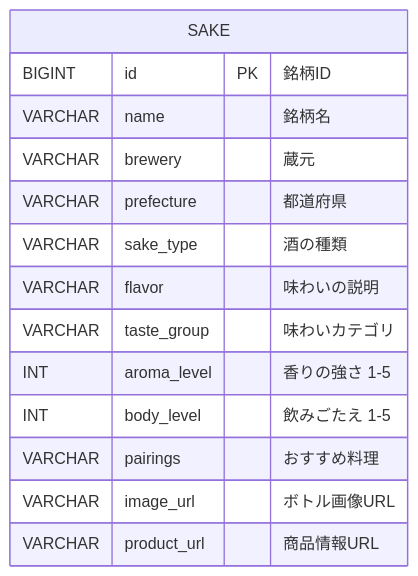
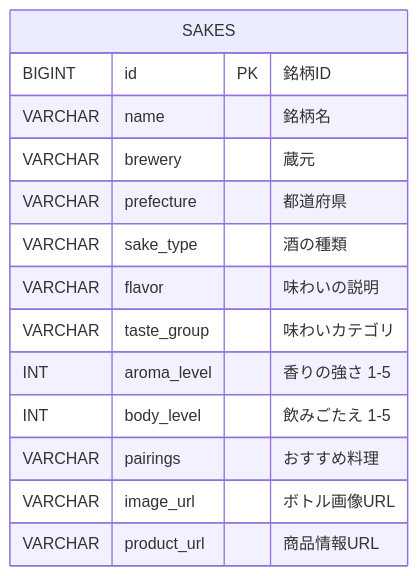
Before and after one commit to s21453075-sys/sake-compass: the first of 2 diagrams in README.md, drawn with Mermaid. The commit also changed other lines of this file, not shown here.

```diff
--- a/README.md
+++ b/README.md
@@ -48,17 +50,17 @@
 ~~~mermaid
 erDiagram
-    SAKE {
+    SAKES {
         BIGINT id PK "銘柄ID"
         VARCHAR name "銘柄名"
         VARCHAR brewery "蔵元"
         VARCHAR prefecture "都道府県"
         VARCHAR sake_type "酒の種類"
         VARCHAR flavor "味わいの説明"
         VARCHAR taste_group "味わいカテゴリ"
         INT aroma_level "香りの強さ 1-5"
         INT body_level "飲みごたえ 1-5"
         VARCHAR pairings "おすすめ料理"
         VARCHAR image_url "ボトル画像URL"
         VARCHAR product_url "商品情報URL"
     }
 ~~~
```
